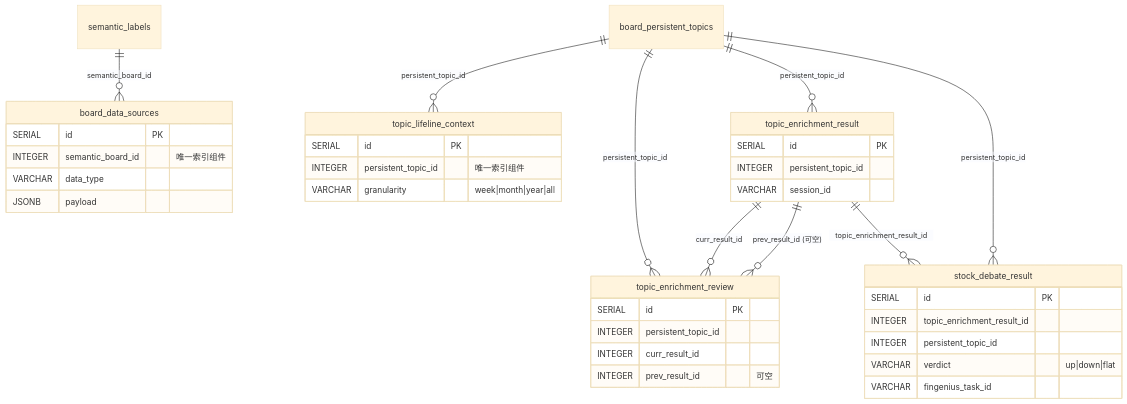
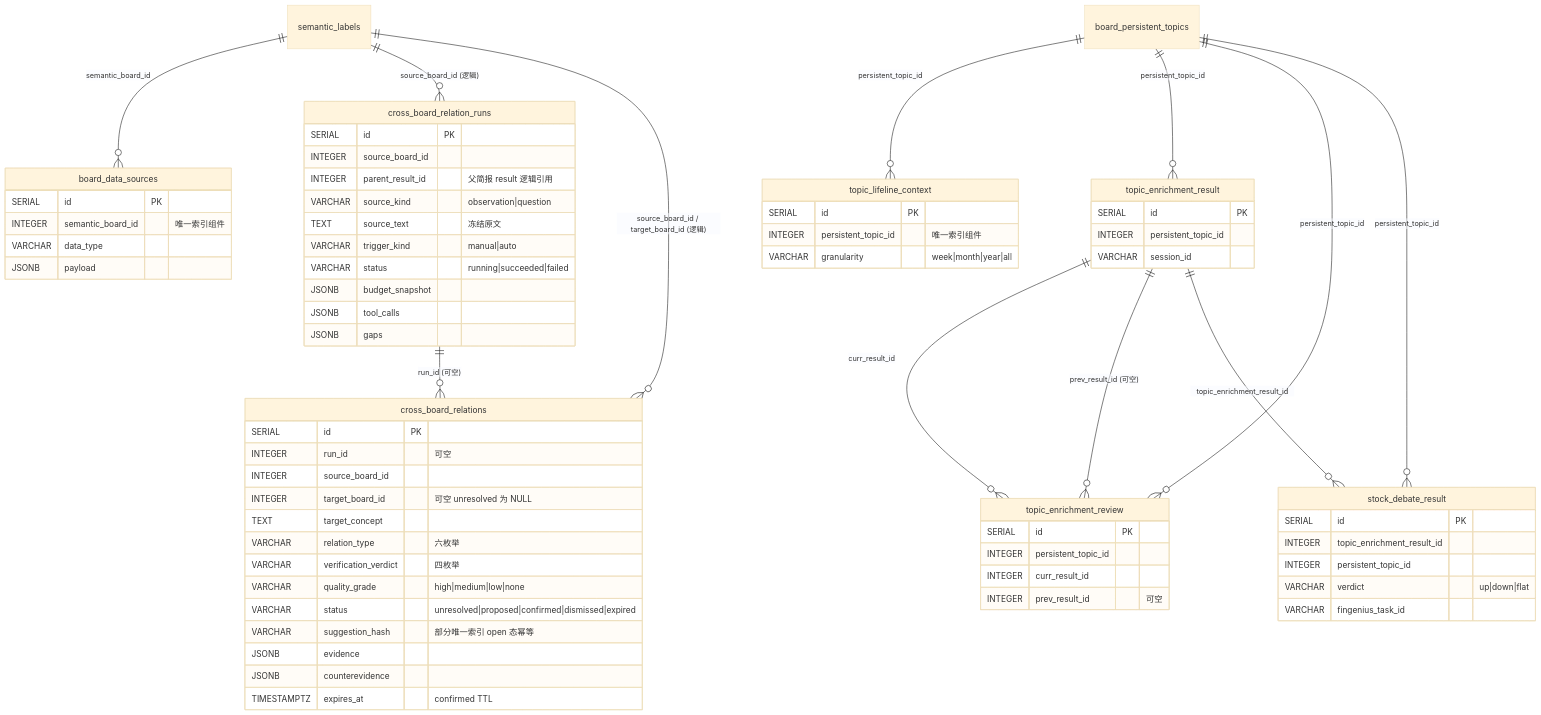
The sixth of 7 diagrams in docs/reference/database/ER_DIAGRAM.md (ZanebonoAlter/my-robot), drawn with Mermaid (base theme) before and after one commit. The commit also changed other lines of this file and 296 other files, not shown here.

````diff
--- a/docs/reference/database/ER_DIAGRAM.md
+++ b/docs/reference/database/ER_DIAGRAM.md
@@ -387,41 +389,73 @@
 ```mermaid
 erDiagram
     semantic_labels ||--o{ board_data_sources : "semantic_board_id"
     board_persistent_topics ||--o{ topic_lifeline_context : "persistent_topic_id"
     board_persistent_topics ||--o{ topic_enrichment_result : "persistent_topic_id"
     board_persistent_topics ||--o{ topic_enrichment_review : "persistent_topic_id"
     topic_enrichment_result ||--o{ topic_enrichment_review : "curr_result_id"
     topic_enrichment_result ||--o{ topic_enrichment_review : "prev_result_id (可空)"
     topic_enrichment_result ||--o{ stock_debate_result : "topic_enrichment_result_id"
     board_persistent_topics ||--o{ stock_debate_result : "persistent_topic_id"
+
+    semantic_labels ||--o{ cross_board_relation_runs : "source_board_id (逻辑)"
+    cross_board_relation_runs ||--o{ cross_board_relations : "run_id (可空)"
+    semantic_labels ||--o{ cross_board_relations : "source_board_id / target_board_id (逻辑)"
+
+    cross_board_relation_runs {
+        SERIAL id PK
+        INTEGER source_board_id
+        INTEGER parent_result_id "父简报 result 逻辑引用"
+        VARCHAR source_kind "observation|question"
+        TEXT source_text "冻结原文"
+        VARCHAR trigger_kind "manual|auto"
+        VARCHAR status "running|succeeded|failed"
+        JSONB budget_snapshot
+        JSONB tool_calls
+        JSONB gaps
+    }
+    cross_board_relations {
+        SERIAL id PK
+        INTEGER run_id "可空"
+        INTEGER source_board_id
+        INTEGER target_board_id "可空 unresolved 为 NULL"
+        TEXT target_concept
+        VARCHAR relation_type "六枚举"
+        VARCHAR verification_verdict "四枚举"
+        VARCHAR quality_grade "high|medium|low|none"
+        VARCHAR status "unresolved|proposed|confirmed|dismissed|expired"
+        VARCHAR suggestion_hash "部分唯一索引 open 态幂等"
+        JSONB evidence
+        JSONB counterevidence
+        TIMESTAMPTZ expires_at "confirmed TTL"
+    }
 
     board_data_sources {
         SERIAL id PK
         INTEGER semantic_board_id "唯一索引组件"
         VARCHAR data_type
         JSONB payload
     }
     topic_lifeline_context {
         SERIAL id PK
         INTEGER persistent_topic_id "唯一索引组件"
         VARCHAR granularity "week|month|year|all"
     }
     topic_enrichment_result {
         SERIAL id PK
         INTEGER persistent_topic_id
         VARCHAR session_id
     }
     topic_enrichment_review {
         SERIAL id PK
         INTEGER persistent_topic_id
         INTEGER curr_result_id
         INTEGER prev_result_id "可空"
     }
     stock_debate_result {
         SERIAL id PK
         INTEGER topic_enrichment_result_id
         INTEGER persistent_topic_id
         VARCHAR verdict "up|down|flat"
         VARCHAR fingenius_task_id
     }
 ```
````
